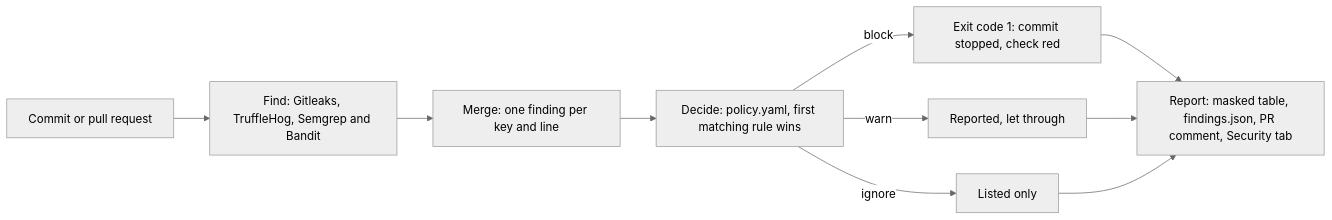
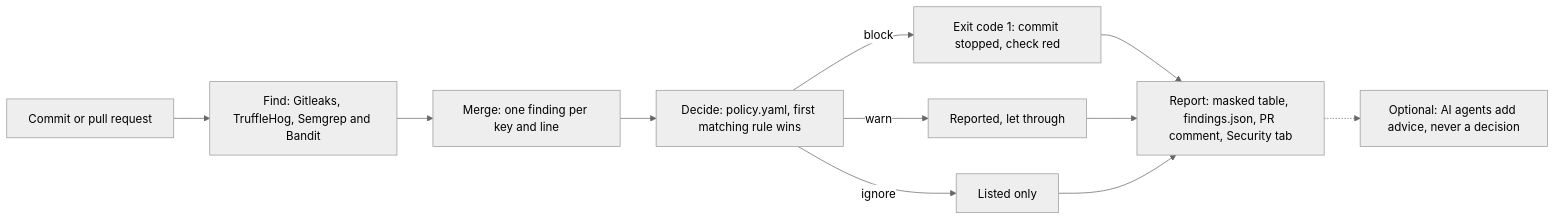
Before and after one commit to Bhavik-Kadian/Nexora: the diagram in docs/how-it-works.md, drawn with Mermaid (neutral theme). The commit also changed other lines of this file and 14 other files, not shown here.

````diff
--- a/docs/how-it-works.md
+++ b/docs/how-it-works.md
@@ -101,12 +105,13 @@
 ```mermaid
 flowchart LR
     A["Commit or pull request"] --> B["Find: Gitleaks, TruffleHog, Semgrep and Bandit"]
     B --> M["Merge: one finding per key and line"]
     M --> C["Decide: policy.yaml, first matching rule wins"]
     C -->|block| D["Exit code 1: commit stopped, check red"]
     C -->|warn| E["Reported, let through"]
     C -->|ignore| F["Listed only"]
     D --> G["Report: masked table, findings.json, PR comment, Security tab"]
     E --> G
     F --> G
+    G -.-> H["Optional: AI agents add advice, never a decision"]
 ```
````
